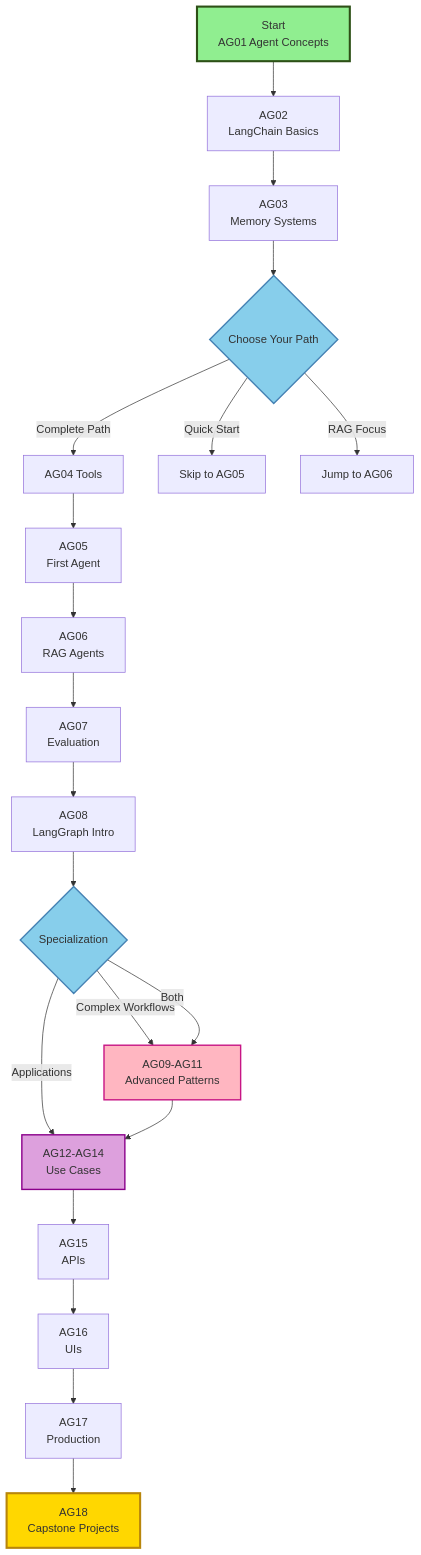
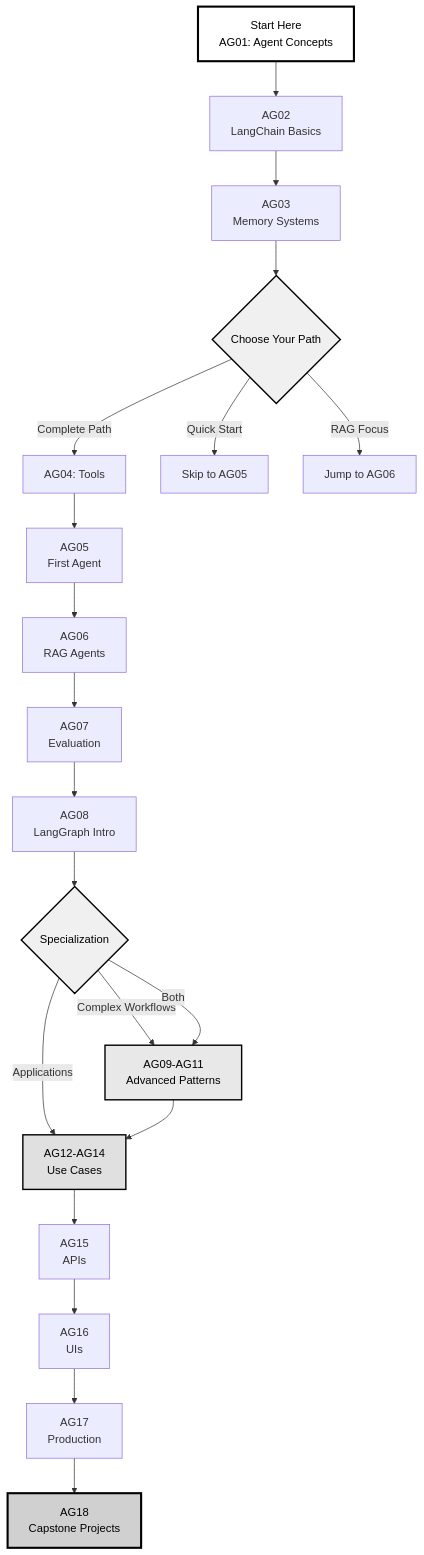
One commit to nexageapps/AI changed the first of 6 diagrams in Agents/README.md. Above: the diagram before and after it, drawn with Mermaid. The commit also changed other lines of this file and 1 other file, not shown here.

````diff
--- a/Agents/README.md
+++ b/Agents/README.md
@@ -372,32 +372,32 @@
 ```mermaid
 graph TD
-    A["Start<br/>AG01 Agent Concepts"] --> B["AG02<br/>LangChain Basics"]
+    A["Start Here<br/>AG01: Agent Concepts"] --> B["AG02<br/>LangChain Basics"]
     B --> C["AG03<br/>Memory Systems"]
     C --> D{"Choose Your Path"}
-    D -->|"Complete Path"| E["AG04 Tools"]
+    D -->|"Complete Path"| E["AG04: Tools"]
     D -->|"Quick Start"| F["Skip to AG05"]
     D -->|"RAG Focus"| G["Jump to AG06"]
     
     E --> H["AG05<br/>First Agent"]
     H --> I["AG06<br/>RAG Agents"]
     I --> J["AG07<br/>Evaluation"]
     J --> K["AG08<br/>LangGraph Intro"]
     K --> L{"Specialization"}
     
     L -->|"Complex Workflows"| M["AG09-AG11<br/>Advanced Patterns"]
     L -->|"Applications"| N["AG12-AG14<br/>Use Cases"]
     L -->|"Both"| M
     M --> N
     
     N --> O["AG15<br/>APIs"]
     O --> P["AG16<br/>UIs"]
     P --> Q["AG17<br/>Production"]
     Q --> R["AG18<br/>Capstone Projects"]
     
-    style A fill:#90EE90,stroke:#2d5016,stroke-width:3px
-    style R fill:#FFD700,stroke:#b8860b,stroke-width:3px
-    style D fill:#87CEEB,stroke:#4682b4,stroke-width:2px
-    style L fill:#87CEEB,stroke:#4682b4,stroke-width:2px
-    style M fill:#FFB6C1,stroke:#c71585,stroke-width:2px
-    style N fill:#DDA0DD,stroke:#8b008b,stroke-width:2px
+    style A fill:#ffffff,stroke:#000000,stroke-width:3px,color:#000000
+    style R fill:#d0d0d0,stroke:#000000,stroke-width:3px,color:#000000
+    style D fill:#f0f0f0,stroke:#000000,stroke-width:2px,color:#000000
+    style L fill:#f0f0f0,stroke:#000000,stroke-width:2px,color:#000000
+    style M fill:#e8e8e8,stroke:#000000,stroke-width:2px,color:#000000
+    style N fill:#e0e0e0,stroke:#000000,stroke-width:2px,color:#000000
 ```
````
